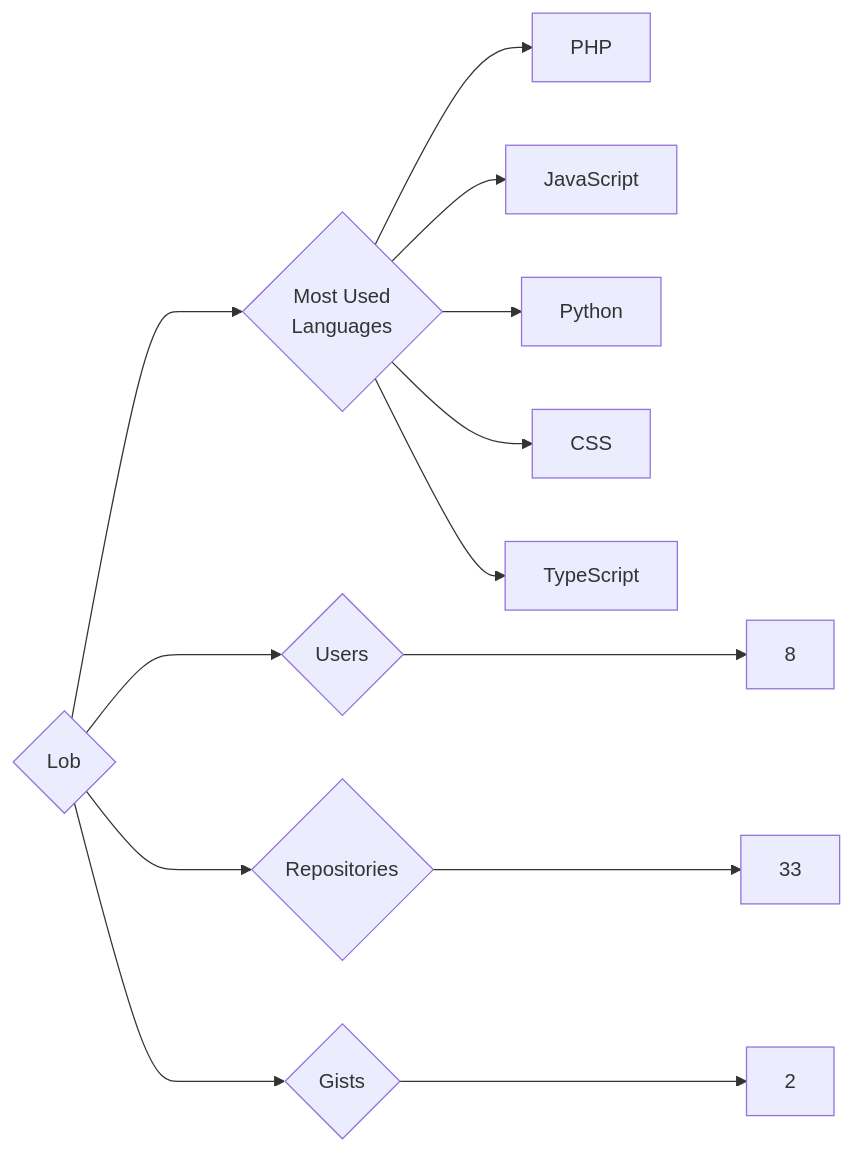
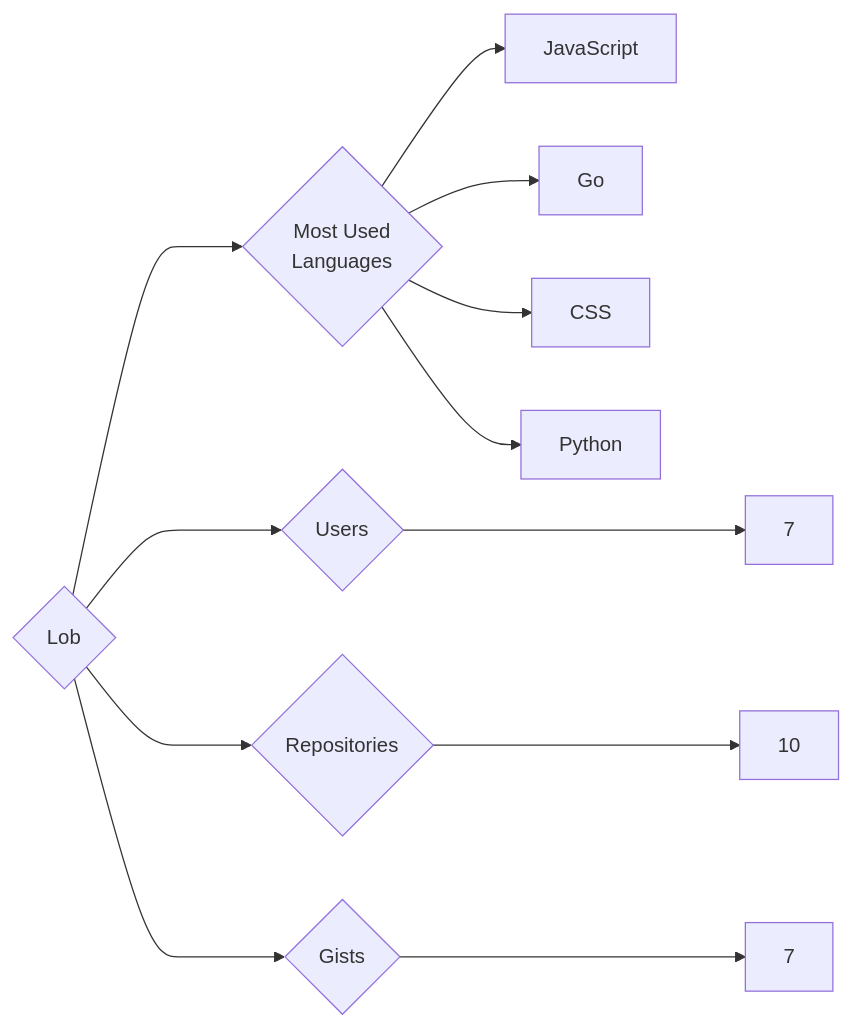
The diagram in targets/Lob/README.md (trickest/insiders), drawn with Mermaid before and after one commit. The commit also changed 1508 other files, not shown here.

````diff
--- a/targets/Lob/README.md
+++ b/targets/Lob/README.md
@@ -3,13 +3,12 @@
 ```mermaid
 graph LR
 COMPANY_NAME{Lob}
-COMPANY_NAME ---> U{Users} ---> UN[8]
-COMPANY_NAME ---> R{Repositories} ---> RN[33]
-COMPANY_NAME ---> G{Gists} ---> GN[2]
+COMPANY_NAME ---> U{Users} ---> UN[7]
+COMPANY_NAME ---> R{Repositories} ---> RN[10]
+COMPANY_NAME ---> G{Gists} ---> GN[7]
 COMPANY_NAME ---> ML{Most Used<br>Languages}
-ML --> PHP[PHP]
 ML --> JavaScript[JavaScript]
+ML --> Go[Go]
+ML --> CSS[CSS]
 ML --> Python[Python]
-ML --> CSS[CSS]
-ML --> TypeScript[TypeScript]
 ```
````
